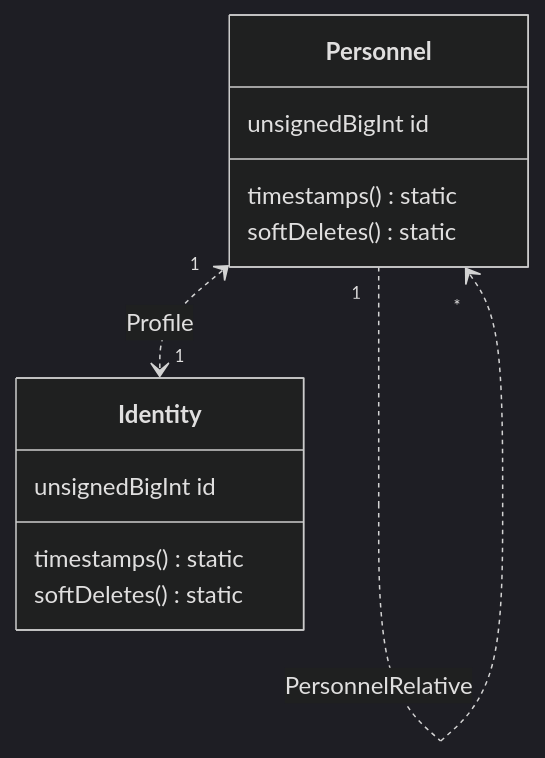
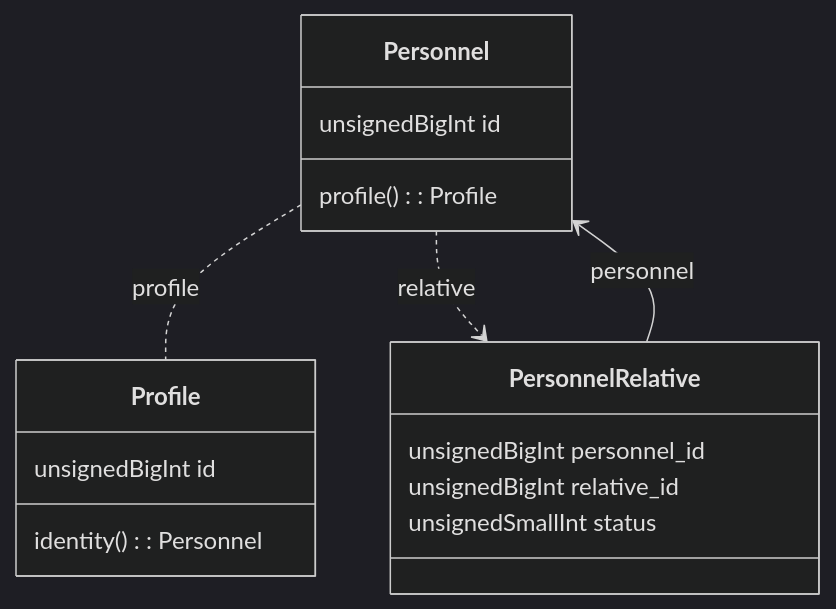
Before and after one commit to creasico/laravel-base: the fifth of 7 diagrams in database/README.md, drawn with Mermaid (dark theme). The commit also changed other lines of this file and 2 other files, not shown here.

````diff
--- a/database/README.md
+++ b/database/README.md
@@ -230,15 +306,20 @@
 ```mermaid
 classDiagram
-    Personnel "1" <..> "1" Identity : Profile
-    Personnel "1" ..> "*" Personnel : PersonnelRelative
+    Personnel .. Profile : profile
+    Personnel ..> PersonnelRelative : relative
+    PersonnelRelative --> Personnel : personnel
+
     class Personnel {
         unsignedBigInt id
-        timestamps() static
-        softDeletes() static
+        profile(): Profile
     }
-    class Identity {
+    class Profile {
         unsignedBigInt id
-        timestamps() static
-        softDeletes() static
+        identity(): Personnel
+    }
+    class PersonnelRelative {
+        unsignedBigInt personnel_id
+        unsignedBigInt relative_id
+        unsignedSmallInt status
     }
 ```
````
